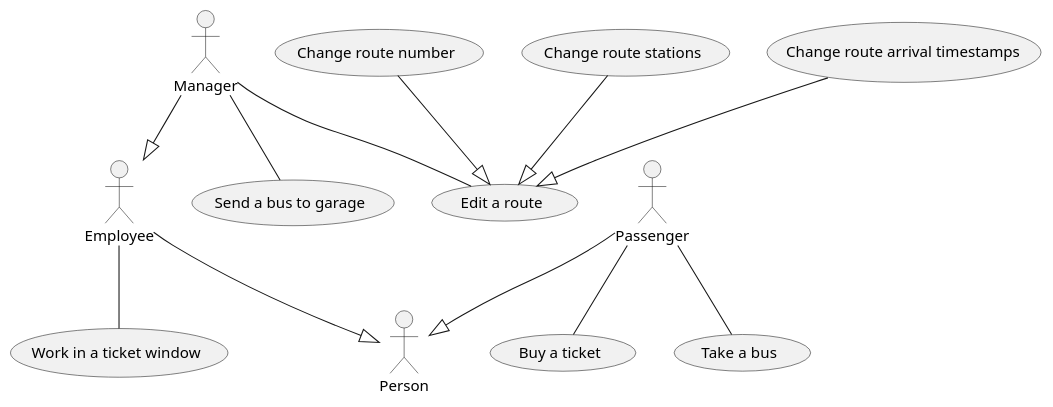
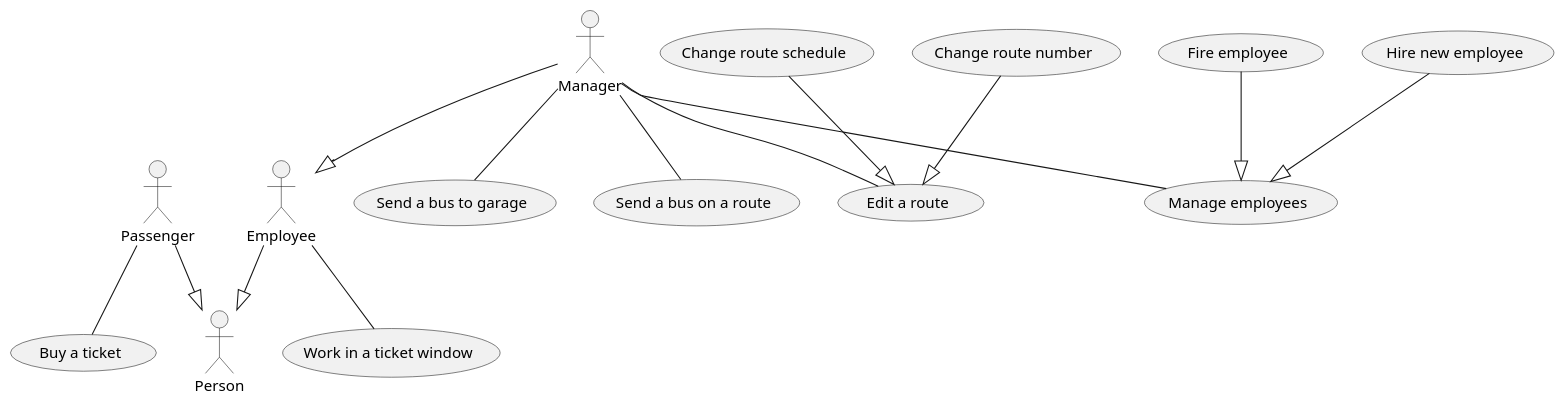
One commit to codesomehax/mpk changed the diagram in uml/usecases.plantuml. Above: the diagram before and after it, drawn with PlantUML. The commit also changed 15 other files, not shown here.

```diff
--- a/uml/usecases.plantuml
+++ b/uml/usecases.plantuml
@@ -1,34 +1,38 @@
 @startuml usecases
 
 actor Manager
 actor Passenger
 actor Person
 actor Employee
 
 usecase "Buy a ticket" as buyTicket
-usecase "Take a bus" as takeBus
 usecase "Work in a ticket window" as ticketWindow
 usecase "Send a bus to garage" as sendBusToGarage
+usecase "Send a bus on a route" as sendBusOnRoute
 usecase "Edit a route" as editRoute
 usecase "Change route number" as changeRouteNumber
-usecase "Change route stations" as changeRouteStations
-usecase "Change route arrival timestamps" as changeRouteArrivalTimestamps
-
+usecase "Change route schedule" as changeRouteSchedule
+usecase "Manage employees" as manageEmployees
+usecase "Hire new employee" as hireNewEmployee
+usecase "Fire employee" as fireEmployee
 
 Passenger --|> Person
 Employee --|> Person
 Manager --|> Employee
 
-changeRouteArrivalTimestamps --|> editRoute
+changeRouteSchedule --|> editRoute
 changeRouteNumber --|> editRoute
-changeRouteStations --|> editRoute
 
 Manager -- editRoute
 Manager -- sendBusToGarage
+Manager -- sendBusOnRoute
+
+hireNewEmployee --|> manageEmployees
+fireEmployee --|> manageEmployees
+Manager -- manageEmployees
 
 Employee -- ticketWindow
 
 Passenger -- buyTicket
-Passenger -- takeBus
 
 @enduml
```
